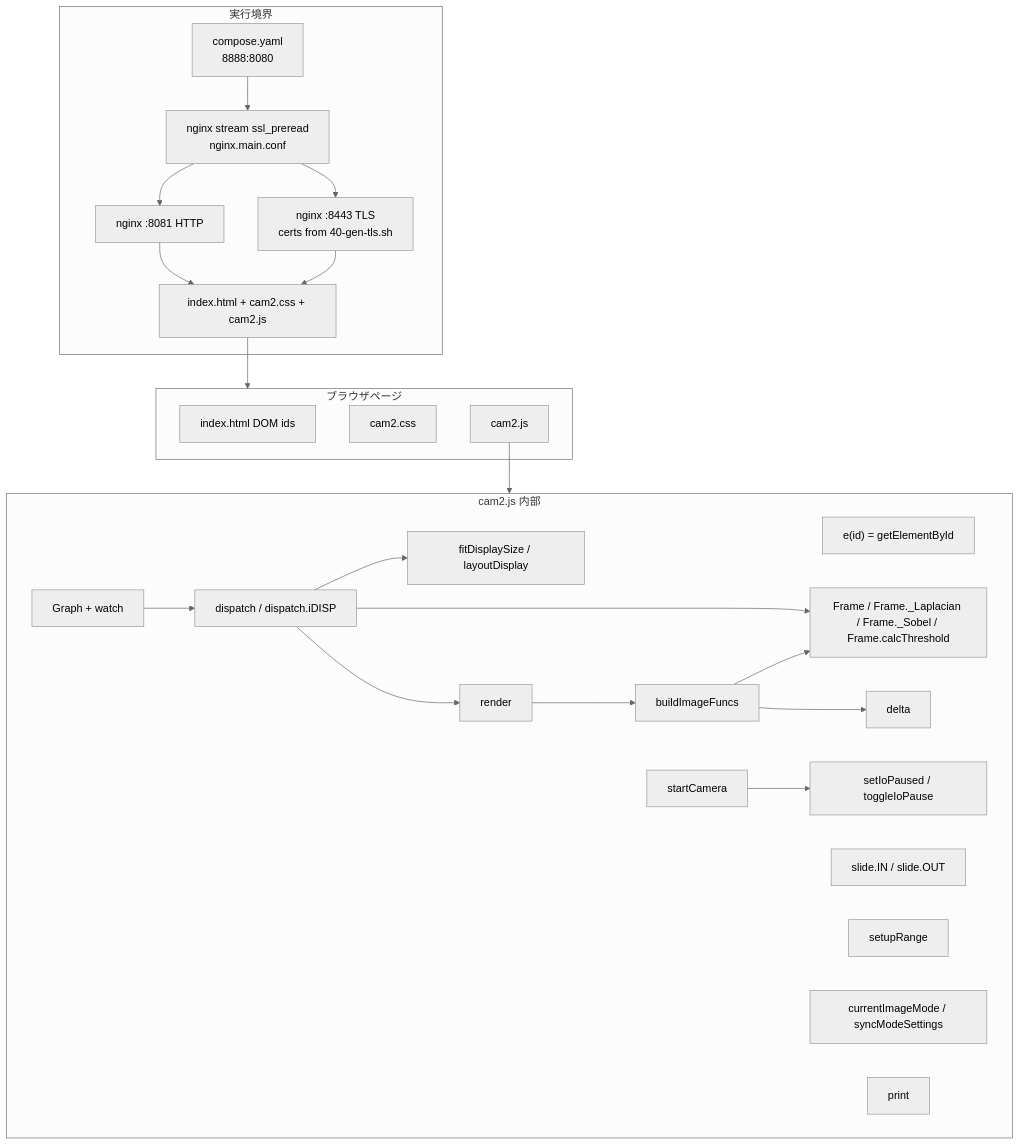
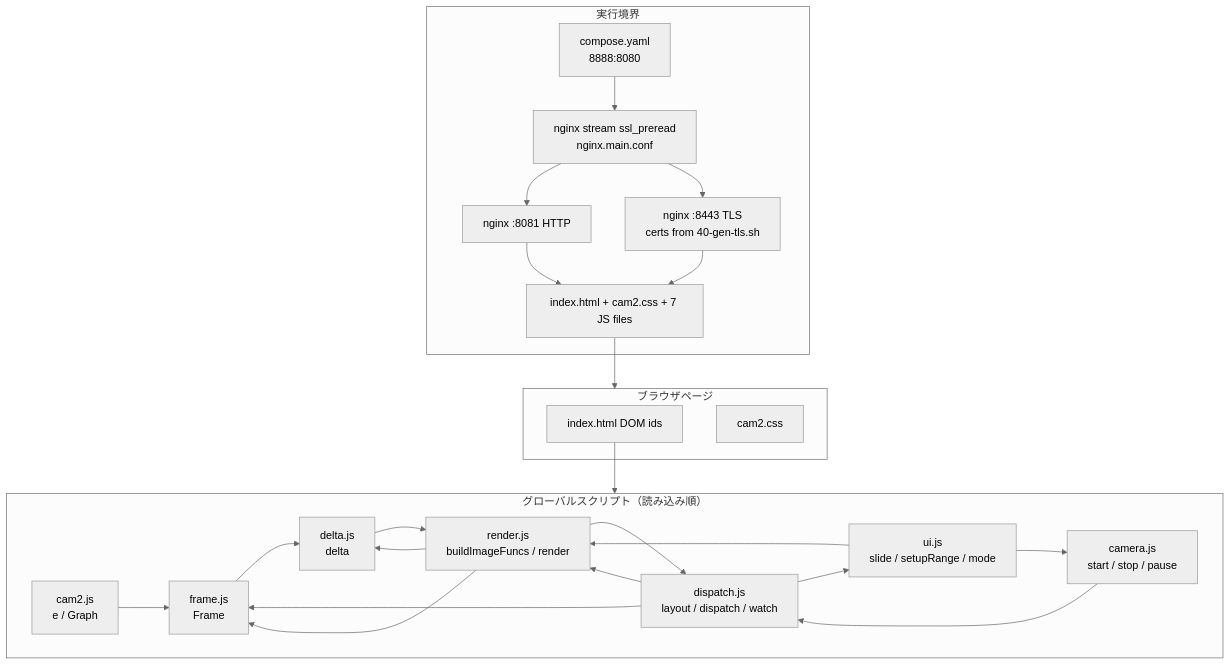
The first of 4 diagrams in jscam/cam2-design.md (mfujimoto-code/JSCam), drawn with Mermaid (neutral theme) before and after one commit. The commit also changed other lines of this file, not shown here.

First line of the commit message:
docs: update cam2 design to match implemented PR stack

````diff
--- a/jscam/cam2-design.md
+++ b/jscam/cam2-design.md
@@ -139,50 +156,42 @@
 ```mermaid
 flowchart TB
   subgraph Runtime["実行境界"]
     Compose["compose.yaml<br/>8888:8080"]
     Stream["nginx stream ssl_preread<br/>nginx.main.conf"]
     HTTP["nginx :8081 HTTP"]
     TLS["nginx :8443 TLS<br/>certs from 40-gen-tls.sh"]
-    Static["index.html + cam2.css + cam2.js"]
+    Static["index.html + cam2.css + 7 JS files"]
     Compose --> Stream
     Stream --> HTTP
     Stream --> TLS
     HTTP --> Static
     TLS --> Static
   end
 
   subgraph Page["ブラウザページ"]
     HTML["index.html DOM ids"]
     CSS["cam2.css"]
-    JS["cam2.js"]
   end
 
   Static --> Page
 
-  subgraph Cam2["cam2.js 内部"]
-    eFn["e(id) = getElementById"]
-    FrameM["Frame / Frame._Laplacian / Frame._Sobel / Frame.calcThreshold"]
-    Build["buildImageFuncs"]
-    Delta["delta"]
-    Render["render"]
-    Layout["fitDisplaySize / layoutDisplay"]
-    Disp["dispatch / dispatch.iDISP"]
-    GraphM["Graph + watch"]
-    Slide["slide.IN / slide.OUT"]
-    Range["setupRange"]
-    ModeUI["currentImageMode / syncModeSettings"]
-    Pause["setIoPaused / toggleIoPause"]
-    Cam["startCamera"]
-    Print["print"]
+  subgraph Scripts["グローバルスクリプト（読み込み順）"]
+    Cam2["cam2.js<br/>e / Graph"]
+    FrameF["frame.js<br/>Frame"]
+    DeltaF["delta.js<br/>delta"]
+    RenderF["render.js<br/>buildImageFuncs / render"]
+    DispF["dispatch.js<br/>layout / dispatch / watch"]
+    UiF["ui.js<br/>slide / setupRange / mode"]
+    CamF["camera.js<br/>start / stop / pause"]
+    Cam2 --> FrameF --> DeltaF --> RenderF --> DispF --> UiF --> CamF
   end
 
-  JS --> Cam2
-  Disp --> Layout
-  Disp --> Render
-  Render --> Build
-  Build --> FrameM
-  Build --> Delta
-  Disp --> FrameM
-  Cam --> Pause
-  GraphM --> Disp
+  HTML --> Scripts
+
+  DispF --> RenderF
+  RenderF --> FrameF
+  RenderF --> DeltaF
+  DispF --> FrameF
+  CamF --> DispF
+  UiF --> RenderF
 ```
````
